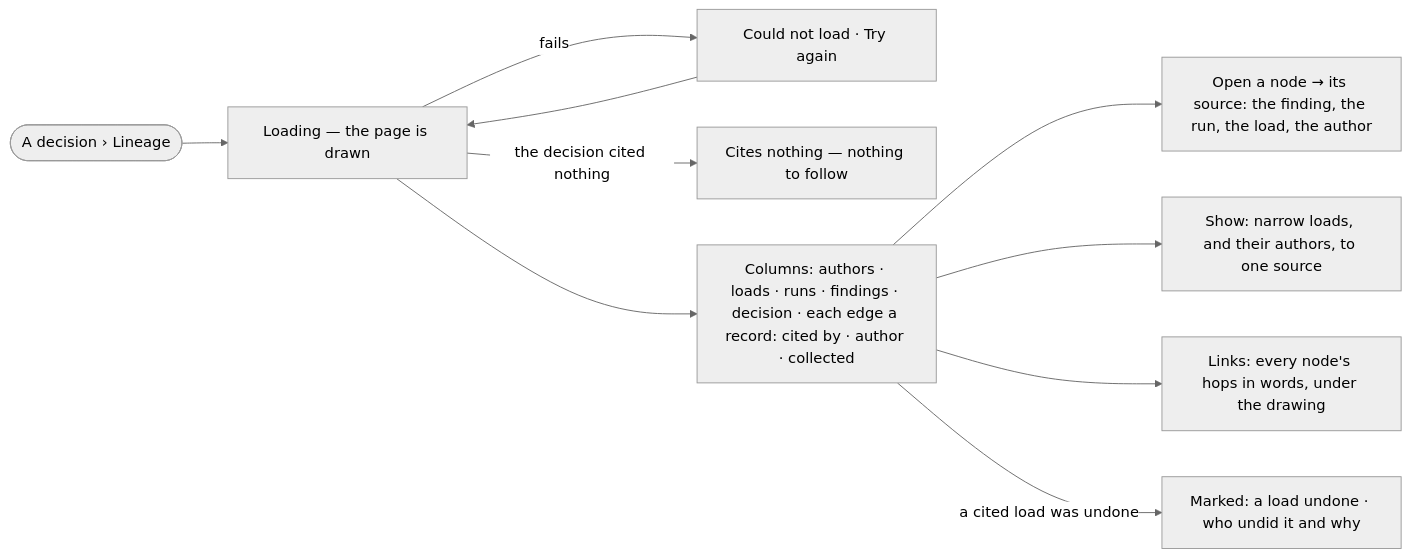
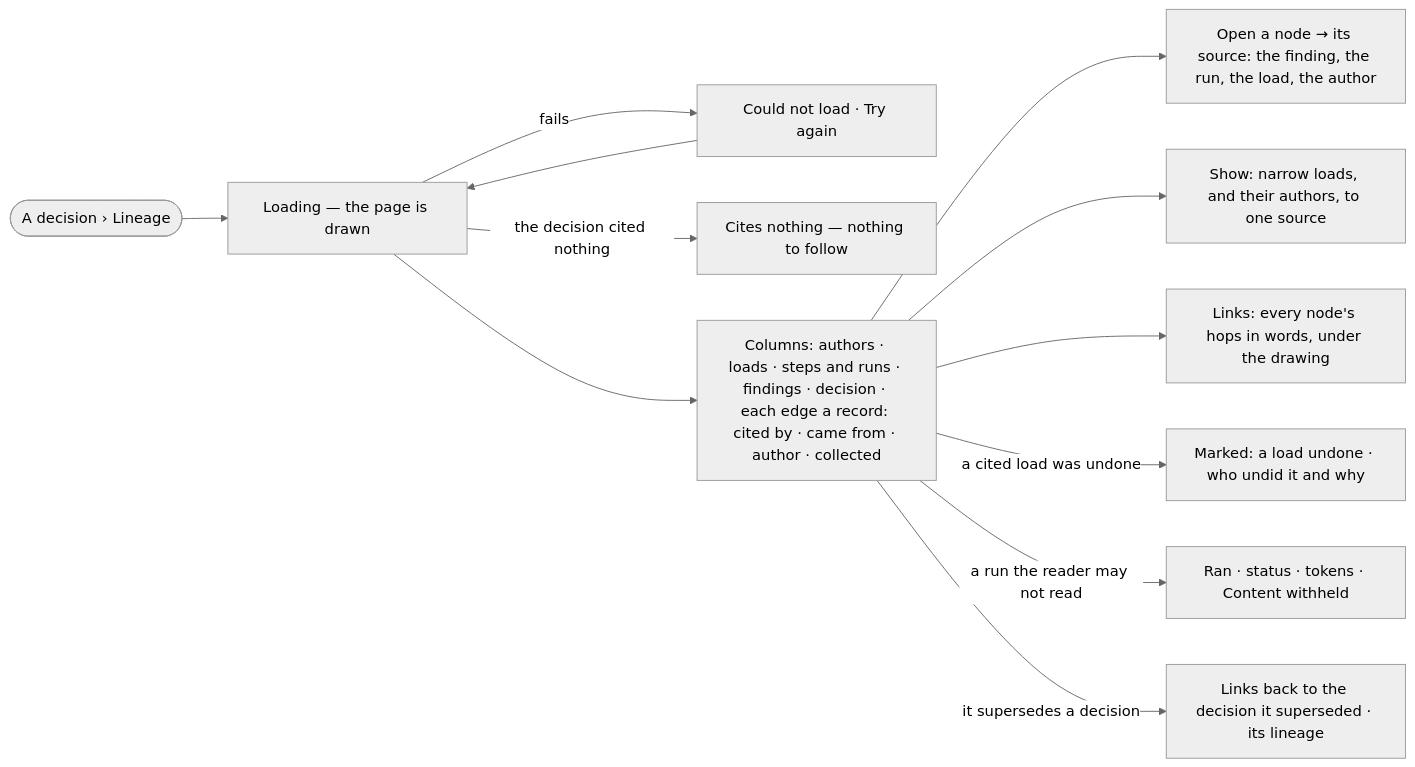
Before and after one commit to invana/invana: the diagram in specs/capabilities/projects/features/PJ-F03-branches-findings-and-decisions/stories/PJ-11-follow-a-decision-back-to-the-original-authors/story.md, drawn with Mermaid (neutral theme). The commit also changed other lines of this file and 522 other files, not shown here.

````diff
--- a/specs/capabilities/projects/features/PJ-F03-branches-findings-and-decisions/stories/PJ-11-follow-a-decision-back-to-the-original-authors/story.md
+++ b/specs/capabilities/projects/features/PJ-F03-branches-findings-and-decisions/stories/PJ-11-follow-a-decision-back-to-the-original-authors/story.md
@@ -26,11 +29,13 @@
 ```mermaid
 flowchart LR
   d([A decision › Lineage]) --> load["Loading — the page is drawn"]
   load -->|fails| f["Could not load · Try again"] --> load
   load -->|the decision cited nothing| e["Cites nothing — nothing to follow"]
-  load --> g["Columns: authors · loads · runs · findings · decision · each edge a record: cited by · author · collected"]
+  load --> g["Columns: authors · loads · steps and runs · findings · decision · each edge a record: cited by · came from · author · collected"]
   g --> n["Open a node → its source: the finding, the run, the load, the author"]
   g --> sh["Show: narrow loads, and their authors, to one source"]
   g --> l["Links: every node's hops in words, under the drawing"]
   g -->|a cited load was undone| rt["Marked: a load undone · who undid it and why"]
+  g -->|a run the reader may not read| wh["Ran · status · tokens · Content withheld"]
+  g -->|it supersedes a decision| sp["Links back to the decision it superseded · its lineage"]
 ```
````
